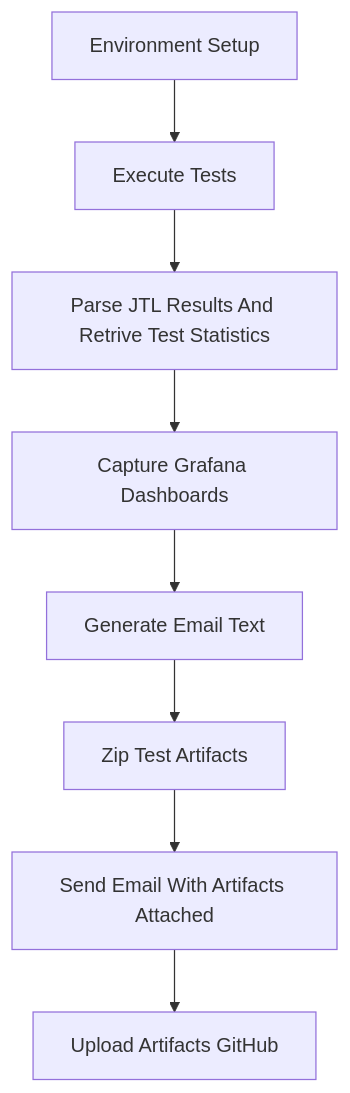
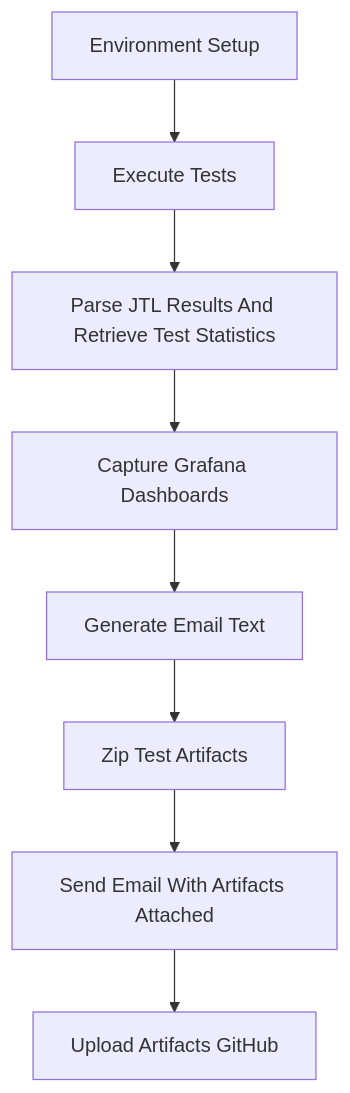
The diagram in README.md (Prab-Bains/Performance-Monitoring-Pipeline), drawn with Mermaid before and after one commit.

````diff
--- a/README.md
+++ b/README.md
@@ -46,10 +46,10 @@
 ```mermaid
 flowchart TD
     A[Environment Setup] --> B[Execute Tests]
-    B --> C[Parse JTL Results And Retrive Test Statistics]
+    B --> C[Parse JTL Results And Retrieve Test Statistics]
     C --> D[Capture Grafana Dashboards]
     D --> E[Generate Email Text]
     E --> F[Zip Test Artifacts]
     F --> G[Send Email With Artifacts Attached]
     G --> H[Upload Artifacts GitHub]
 ```
````
